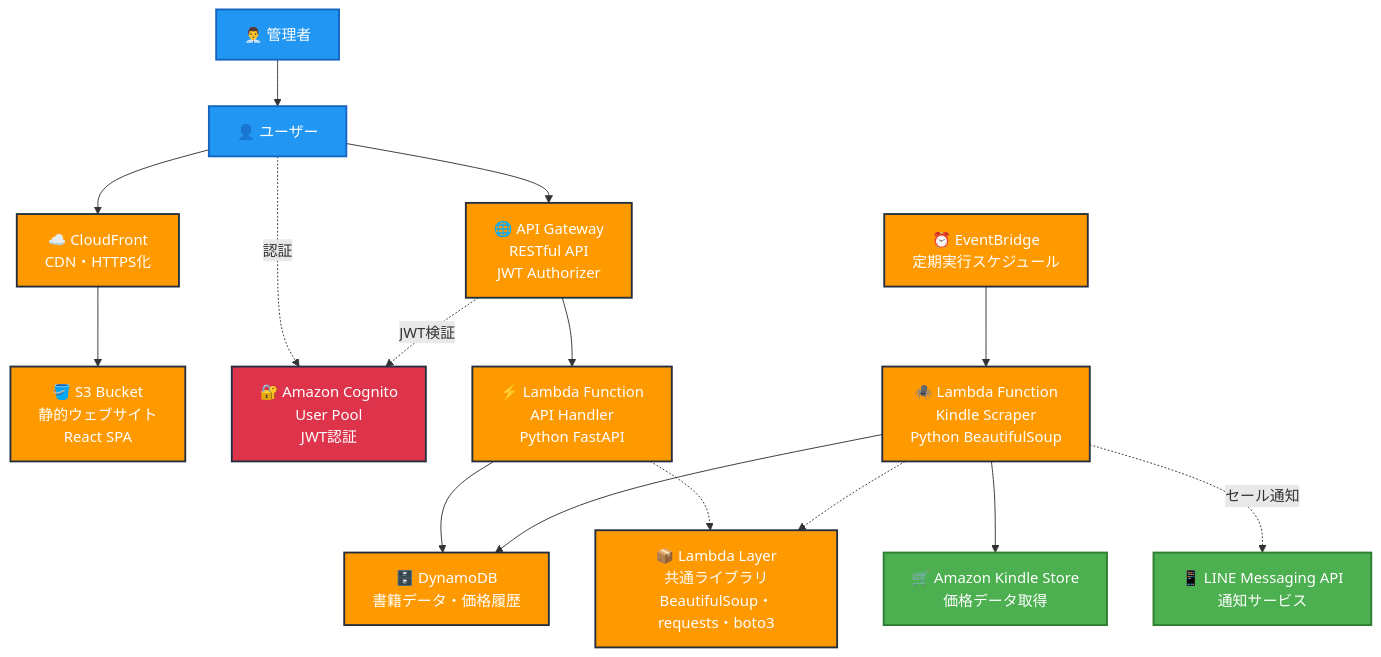
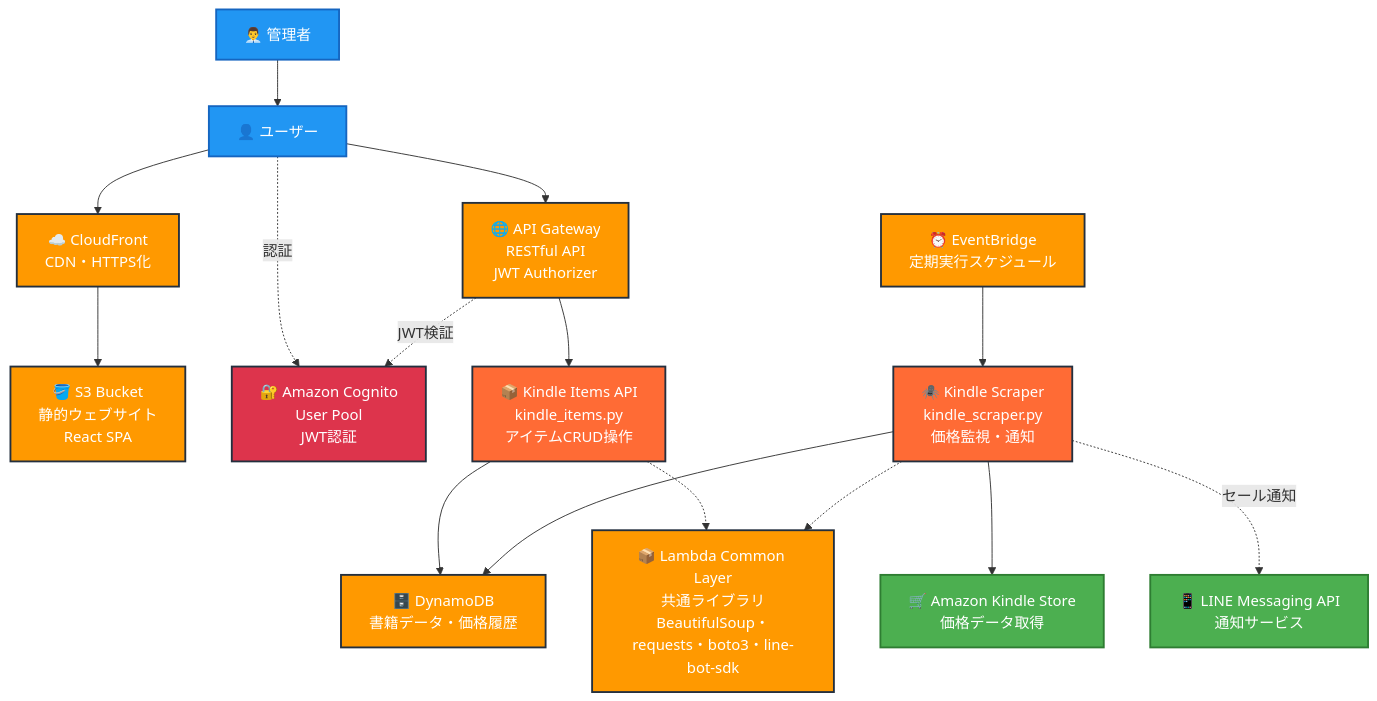
Before and after one commit to tsubasa-utsumi/kindle_sale_checker: the diagram in README.md, drawn with Mermaid. The commit also changed other lines of this file and 18 other files, not shown here.

````diff
--- a/README.md
+++ b/README.md
@@ -13,60 +13,62 @@
 ```mermaid
 graph TB
     %% ユーザー層
     User[👤 ユーザー] 
     Admin[👨‍💼 管理者]
     
     %% フロントエンド層
     CloudFront[☁️ CloudFront<br/>CDN・HTTPS化]
     S3[🪣 S3 Bucket<br/>静的ウェブサイト<br/>React SPA]
     
     %% 認証層
     Cognito[🔐 Amazon Cognito<br/>User Pool<br/>JWT認証]
     
     %% API層
     APIGateway[🌐 API Gateway<br/>RESTful API<br/>JWT Authorizer]
     
     %% アプリケーション層
-    LambdaAPI[⚡ Lambda Function<br/>API Handler<br/>Python FastAPI]
-    LambdaScraper[🕷️ Lambda Function<br/>Kindle Scraper<br/>Python BeautifulSoup]
+    KindleItemsAPI[📦 Kindle Items API<br/>kindle_items.py<br/>アイテムCRUD操作]
+    KindleScraper[🕷️ Kindle Scraper<br/>kindle_scraper.py<br/>価格監視・通知]
     
     %% データ層
     DynamoDB[🗄️ DynamoDB<br/>書籍データ・価格履歴]
     
     %% 外部サービス
     EventBridge[⏰ EventBridge<br/>定期実行スケジュール]
     LINE[📱 LINE Messaging API<br/>通知サービス]
     Amazon[🛒 Amazon Kindle Store<br/>価格データ取得]
     
     %% 共通層
-    LambdaLayer[📦 Lambda Layer<br/>共通ライブラリ<br/>BeautifulSoup・requests・boto3]
+    LambdaLayer[📦 Lambda Common Layer<br/>共通ライブラリ<br/>BeautifulSoup・requests・boto3・line-bot-sdk]
     
     %% 接続関係
     User --> CloudFront
     Admin --> User
     CloudFront --> S3
     User -.->|認証| Cognito
     User --> APIGateway
     APIGateway -.->|JWT検証| Cognito
-    APIGateway --> LambdaAPI
-    LambdaAPI --> DynamoDB
+    APIGateway --> KindleItemsAPI
+    KindleItemsAPI --> DynamoDB
     
-    EventBridge --> LambdaScraper
-    LambdaScraper --> DynamoDB
-    LambdaScraper --> Amazon
-    LambdaScraper -.->|セール通知| LINE
+    EventBridge --> KindleScraper
+    KindleScraper --> DynamoDB
+    KindleScraper --> Amazon
+    KindleScraper -.->|セール通知| LINE
     
-    LambdaAPI -.-> LambdaLayer
-    LambdaScraper -.-> LambdaLayer
+    KindleItemsAPI -.-> LambdaLayer
+    KindleScraper -.-> LambdaLayer
     
     %% スタイル設定
     classDef aws fill:#FF9900,stroke:#232F3E,stroke-width:2px,color:white
     classDef cognito fill:#DD344C,stroke:#232F3E,stroke-width:2px,color:white
     classDef external fill:#4CAF50,stroke:#2E7D32,stroke-width:2px,color:white
     classDef user fill:#2196F3,stroke:#1565C0,stroke-width:2px,color:white
+    classDef lambda fill:#FF6B35,stroke:#232F3E,stroke-width:2px,color:white
     
-    class CloudFront,S3,APIGateway,LambdaAPI,LambdaScraper,DynamoDB,EventBridge,LambdaLayer aws
+    class CloudFront,S3,APIGateway,DynamoDB,EventBridge,LambdaLayer aws
     class Cognito cognito
+    class KindleItemsAPI,KindleScraper lambda
     class LINE,Amazon external
     class User,Admin user
 ```
````
